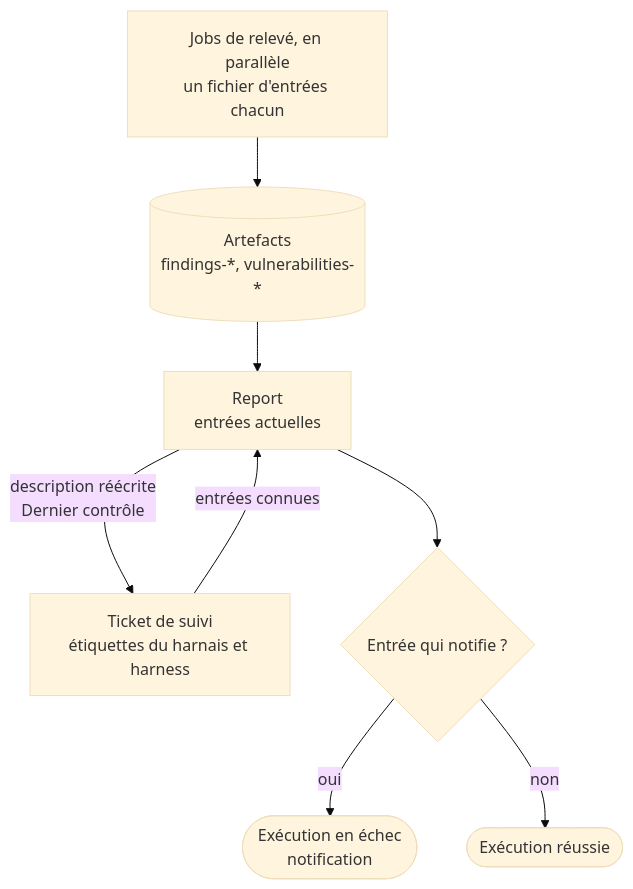
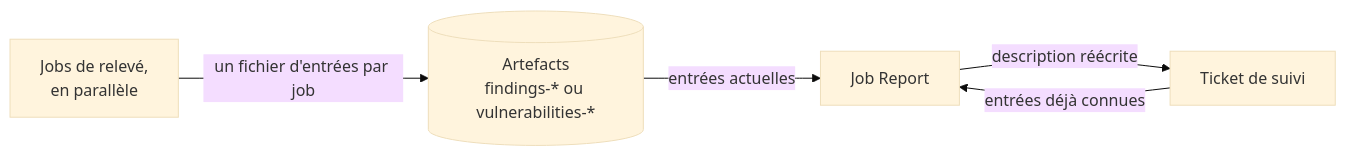
The diagram in docs/tech/integration-et-tests/controles-periodiques.md (Tetram76/bdtheque-claude), drawn with Mermaid (base theme) before and after one commit. The commit also changed other lines of this file and 8 other files, not shown here.

````diff
--- a/docs/tech/integration-et-tests/controles-periodiques.md
+++ b/docs/tech/integration-et-tests/controles-periodiques.md
@@ -18,10 +22,12 @@
 ```mermaid
-flowchart TD
-    jobs["Jobs de relevé, en parallèle<br/>un fichier d'entrées chacun"] --> artifacts[("Artefacts<br/>findings-*, vulnerabilities-*")]
-    artifacts --> report["Report<br/>entrées actuelles"]
-    issue["Ticket de suivi<br/>étiquettes du harnais et harness"] -->|entrées connues| report
-    report -->|description réécrite<br/>Dernier contrôle| issue
-    report --> state{"Entrée qui notifie ?"}
-    state -->|oui| fail(["Exécution en échec<br/>notification"])
-    state -->|non| ok(["Exécution réussie"])
+flowchart LR
+    jobs["Jobs de relevé,<br/>en parallèle"]
+    artifacts[("Artefacts<br/>findings-* ou vulnerabilities-*")]
+    report["Job Report"]
+    issue["Ticket de suivi"]
+
+    jobs -- "un fichier d'entrées par job" --> artifacts
+    artifacts -- "entrées actuelles" --> report
+    issue -- "entrées déjà connues" --> report
+    report -- "description réécrite" --> issue
 ```
````
